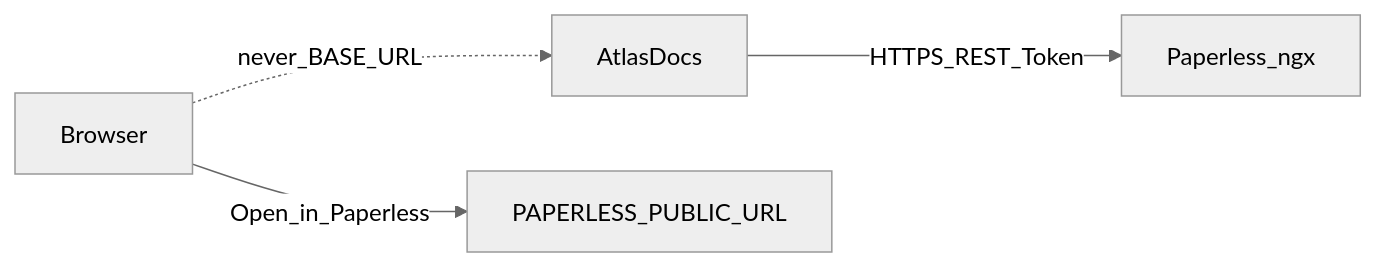
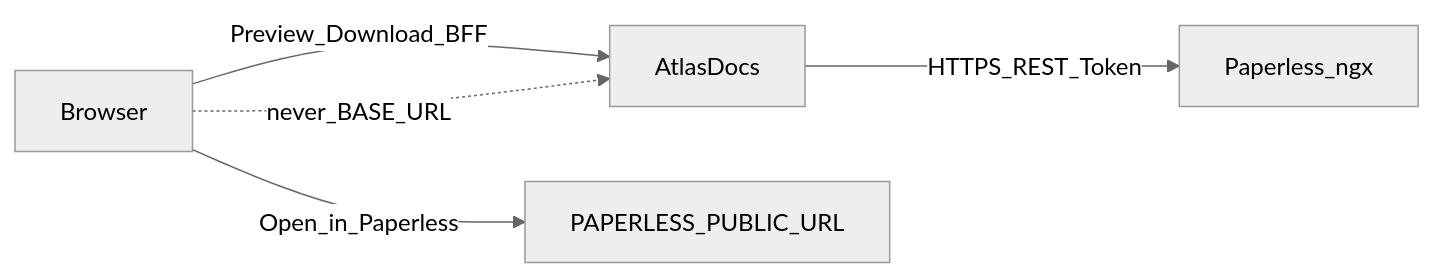
Before and after one commit to didac-crst/atlas-docs: the diagram in docs/paperless-integration.md, drawn with Mermaid (neutral theme). The commit also changed other lines of this file and 24 other files, not shown here.

First line of the commit message:
Fix ingest document resolution and add preview/download BFF.

````diff
--- a/docs/paperless-integration.md
+++ b/docs/paperless-integration.md
@@ -13,9 +13,10 @@
 ```mermaid
 flowchart LR
   AtlasDocs[AtlasDocs]
   Paperless[Paperless_ngx]
   AtlasDocs -->|"HTTPS_REST_Token"| Paperless
   Browser[Browser]
   Browser -->|"Open_in_Paperless"| PublicOrigin[PAPERLESS_PUBLIC_URL]
+  Browser -->|"Preview_Download_BFF"| AtlasDocs
   Browser -.->|"never_BASE_URL"| AtlasDocs
 ```
````
